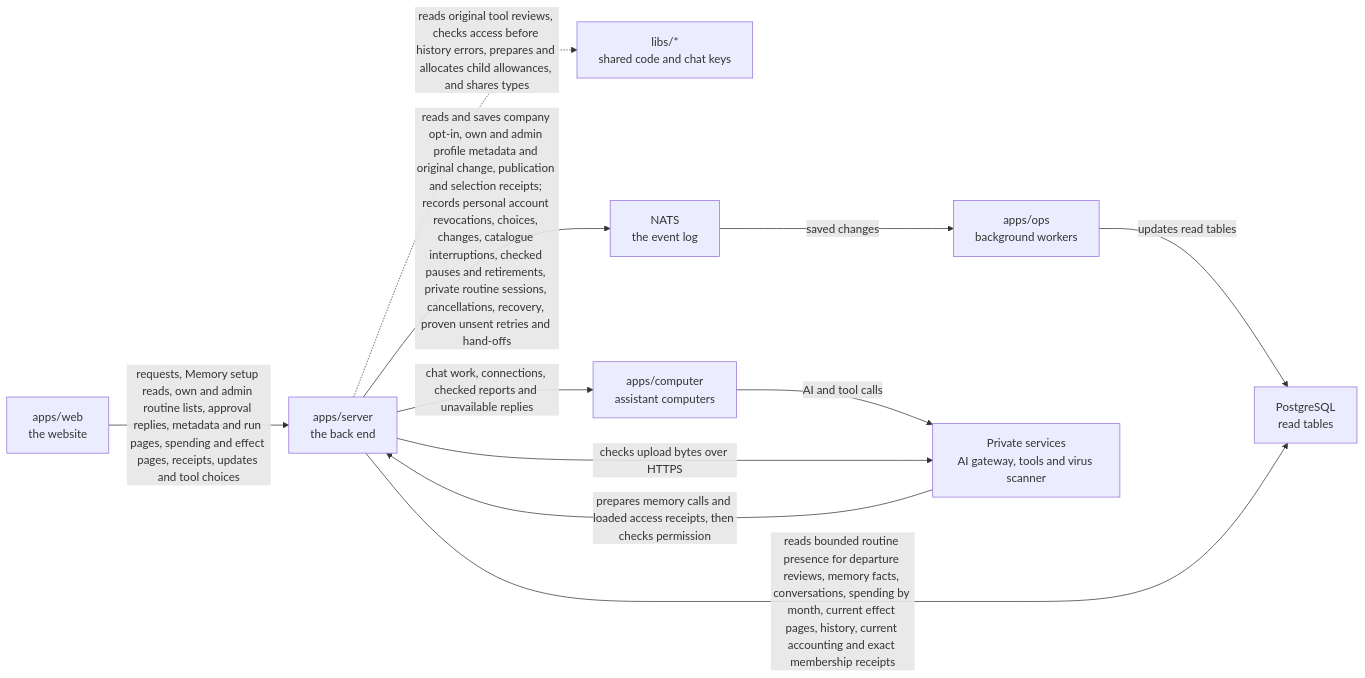
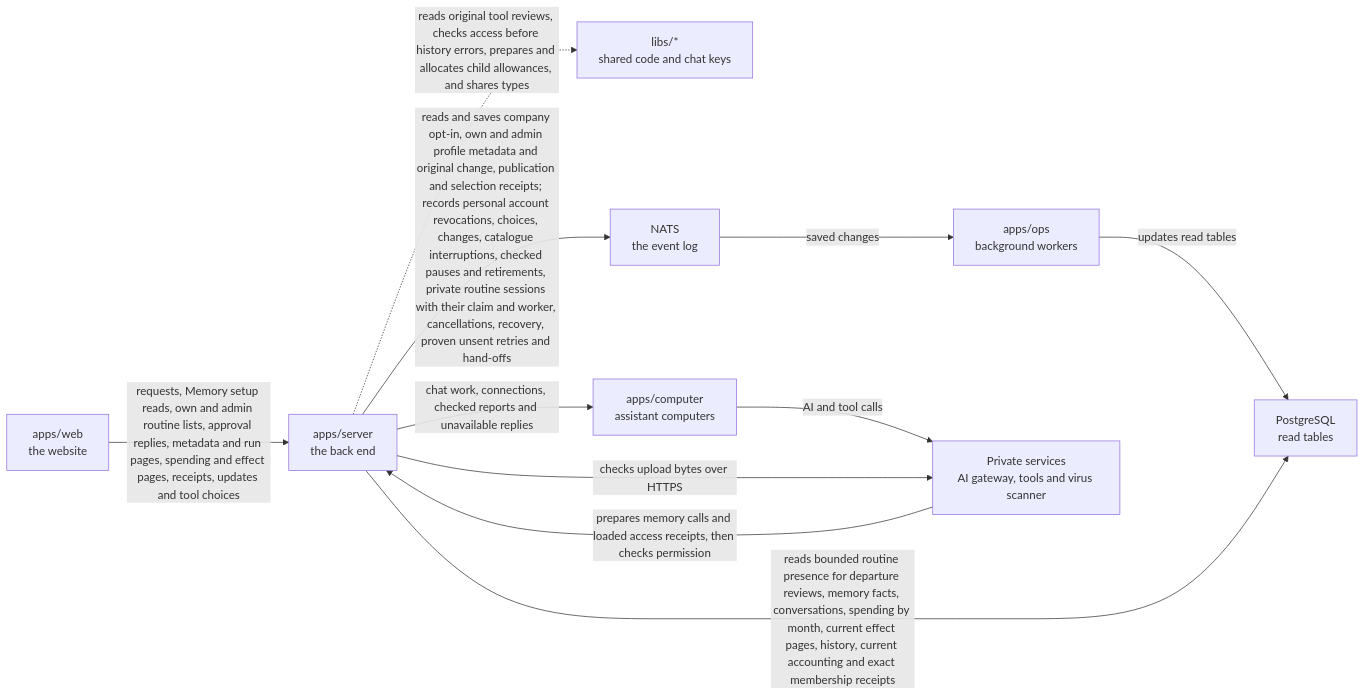
Before and after one commit to elewa-git/opencrane-new: the diagram in apps/server/README.md, drawn with Mermaid. The commit also changed other lines of this file and 8 other files, not shown here.

Commit message:
🔒 Bind routine session creation to the saved claim and trusted worker

````diff
--- a/apps/server/README.md
+++ b/apps/server/README.md
@@ -82,13 +82,13 @@
 ```mermaid
 flowchart LR
   web["apps/web<br/>the website"] -->|requests, Memory setup reads, own and admin routine lists, approval replies, metadata and run pages, spending and effect pages, receipts, updates and tool choices| server["apps/server<br/>the back end"]
   server -.->|reads original tool reviews, checks access before history errors, prepares and allocates child allowances, and shares types| libs["libs/*<br/>shared code and chat keys"]
-  server -->|reads and saves company opt-in, own and admin profile metadata and original change, publication and selection receipts; records personal account revocations, choices, changes, catalogue interruptions, checked pauses and retirements, private routine sessions, cancellations, recovery, proven unsent retries and hand-offs| nats["NATS<br/>the event log"]
+  server -->|reads and saves company opt-in, own and admin profile metadata and original change, publication and selection receipts; records personal account revocations, choices, changes, catalogue interruptions, checked pauses and retirements, private routine sessions with their claim and worker, cancellations, recovery, proven unsent retries and hand-offs| nats["NATS<br/>the event log"]
   nats -->|saved changes| ops["apps/ops<br/>background workers"]
   ops -->|updates read tables| postgres["PostgreSQL<br/>read tables"]
   server -->|reads bounded routine presence for departure reviews, memory facts, conversations, spending by month, current effect pages, history, current accounting and exact membership receipts| postgres
   server -->|chat work, connections, checked reports and unavailable replies| computer["apps/computer<br/>assistant computers"]
   computer -->|AI and tool calls| runtime["Private services<br/>AI gateway, tools and virus scanner"]
   server -->|checks upload bytes over HTTPS| runtime
   runtime -->|prepares memory calls and loaded access receipts, then checks permission| server
 ```
````
